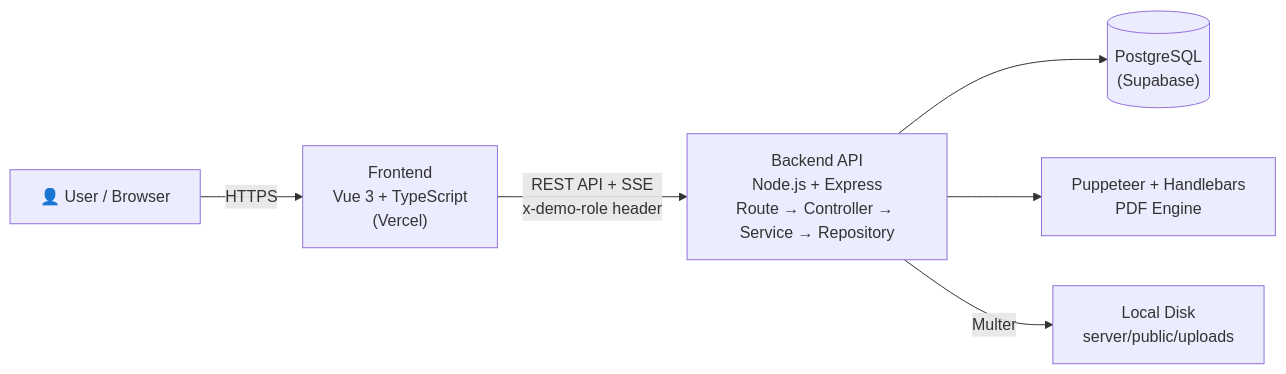
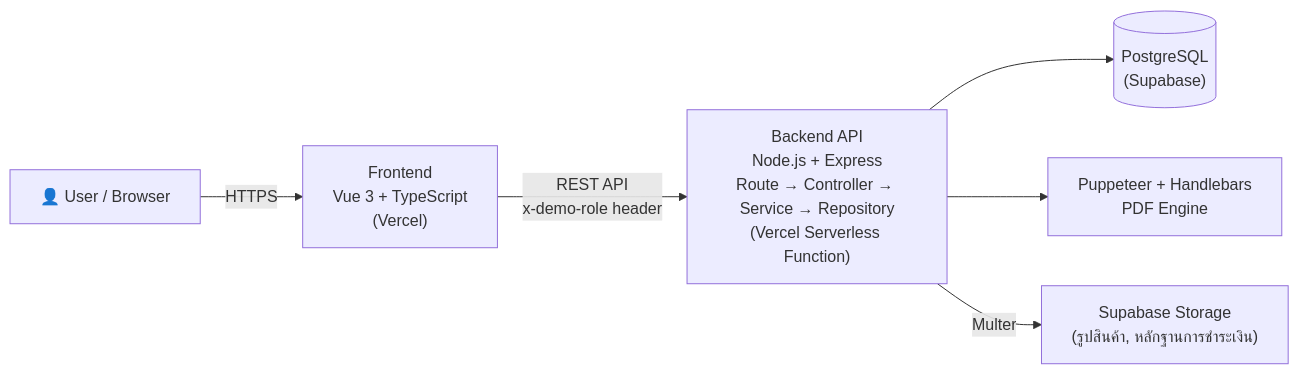
Before and after one commit to golffer420014/Inventory-Stock-System: the second of 2 diagrams in README.md, drawn with Mermaid. The commit also changed other lines of this file and 15 other files, not shown here.

First line of the commit message:
Switch low-stock notification to polling and add Vercel serverless entry

````diff
--- a/README.md
+++ b/README.md
@@ -195,8 +217,8 @@
 ```mermaid
 graph LR
     U["👤 User / Browser"] -->|HTTPS| FE["Frontend<br/>Vue 3 + TypeScript<br/>(Vercel)"]
-    FE -->|"REST API + SSE<br/>x-demo-role header"| BE["Backend API<br/>Node.js + Express<br/>Route → Controller → Service → Repository"]
+    FE -->|"REST API<br/>x-demo-role header"| BE["Backend API<br/>Node.js + Express<br/>Route → Controller → Service → Repository<br/>(Vercel Serverless Function)"]
     BE --> DB[("PostgreSQL<br/>(Supabase)")]
     BE --> PDF["Puppeteer + Handlebars<br/>PDF Engine"]
-    BE -->|Multer| FS["Local Disk<br/>server/public/uploads"]
+    BE -->|Multer| STORAGE["Supabase Storage<br/>(รูปสินค้า, หลักฐานการชำระเงิน)"]
 ```
````
